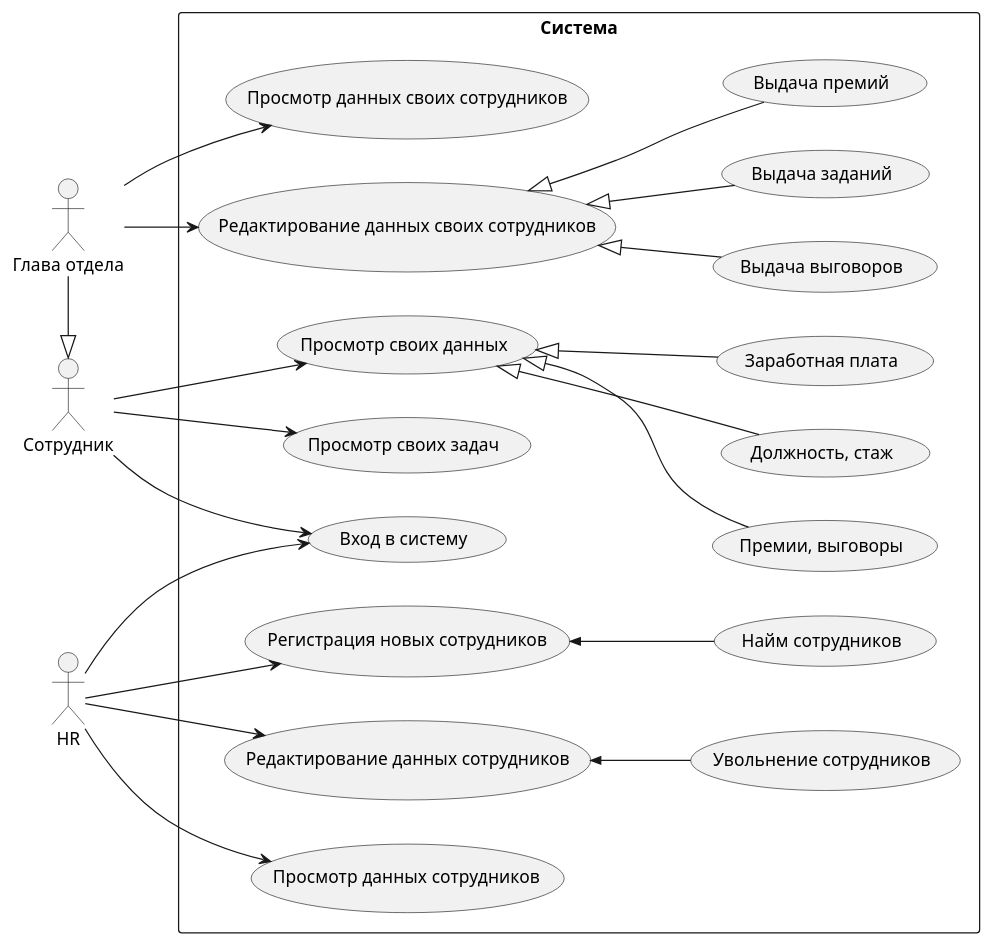
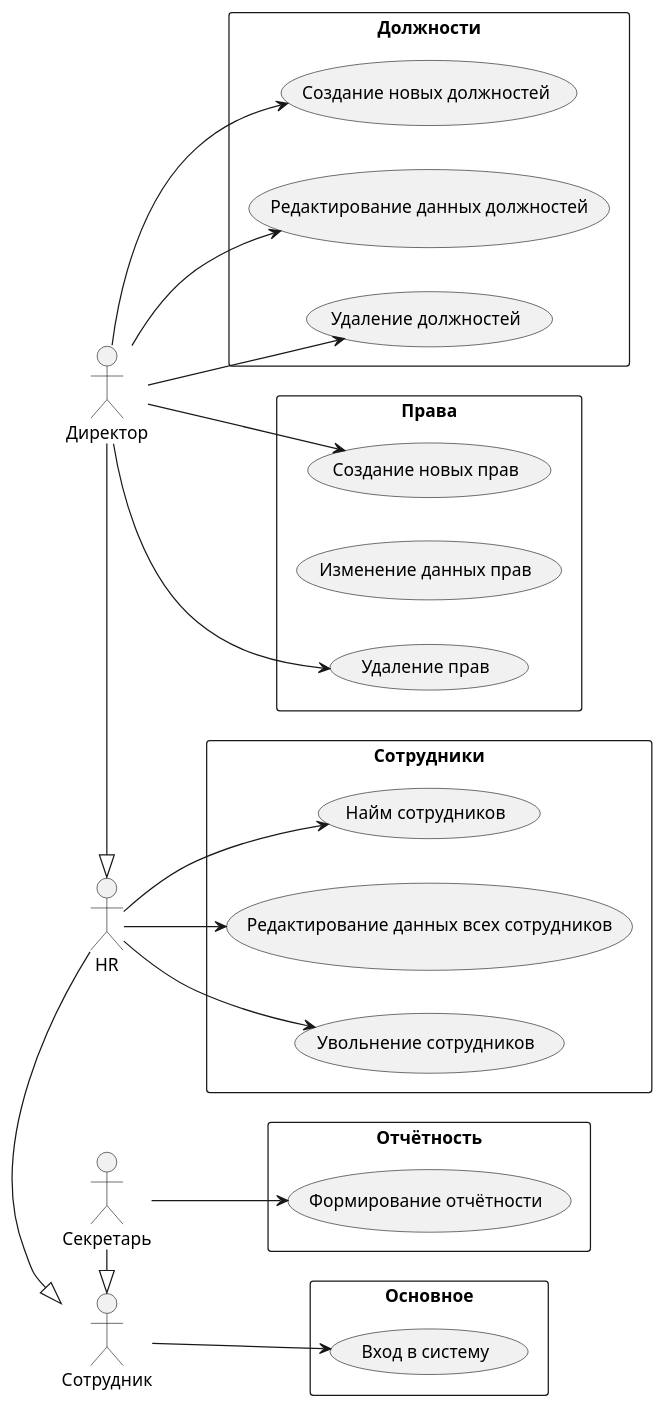
One commit to dmitraks/info_sem1 changed the diagram in docs/diagrams/UML/texts/usecase.puml. Above: the diagram before and after it, drawn with PlantUML. The commit also changed 9 other files, not shown here.

```diff
--- a/docs/diagrams/UML/texts/usecase.puml
+++ b/docs/diagrams/UML/texts/usecase.puml
@@ -1,47 +1,42 @@
 @startuml usecase
 left to right direction
 skinparam packageStyle rectangle
 actor "Сотрудник" as Aworker
-package "Система" {
+package "Основное" {
 usecase "Вход в систему" as Clogin
-usecase "Просмотр своих данных" as Cread_data
-usecase "Должность, стаж" as Cread_data_role
-usecase "Заработная плата" as Cread_data_zp
-usecase "Премии, выговоры" as Cread_data_premii
-usecase "Просмотр своих задач" as Cread_tasks
 }
 Aworker --> Clogin
-Aworker --> Cread_data
-Aworker --> Cread_tasks
-Cread_data ^-- Cread_data_role
-Cread_data ^-- Cread_data_zp
-Cread_data ^-- Cread_data_premii
-actor "Глава отдела" as Amanager
-package "Система" {
-usecase "Просмотр данных своих сотрудников" as Cread_workers
-usecase "Редактирование данных своих сотрудников" as Cedit_workers
-usecase "Выдача заданий" as Cedit_workers_tasks
-usecase "Выдача премий" as Cedit_workers_premii
-usecase "Выдача выговоров" as Cedit_workers_vigi
+actor "Директор" as Amanager
+package "Права" {
+    usecase "Создание новых прав" as Cright_cre
+    usecase "Изменение данных прав" as Cright_upd
+    usecase "Удаление прав" as Cright_del
 }
-Amanager -^ Aworker
-Amanager --> Cread_workers
-Amanager --> Cedit_workers
-Cedit_workers ^-- Cedit_workers_premii
-Cedit_workers ^-- Cedit_workers_tasks
-Cedit_workers ^-- Cedit_workers_vigi
+package "Должности" {
+    usecase "Создание новых должностей" as Cpos_cre
+    usecase "Редактирование данных должностей" as Cpos_upd
+    usecase "Удаление должностей" as Cpos_del
+}
+Amanager --> Cpos_cre
+Amanager --> Cpos_upd
+Amanager --> Cpos_del
+Amanager --> Cright_cre
+Amanager --> Cright_del
 actor "HR" as AHR
-package "Система" {
-usecase "Просмотр данных сотрудников" as Cread_allworkers
-usecase "Регистрация новых сотрудников" as Cregister
-usecase "Редактирование данных сотрудников" as Cedit_allworkers
-usecase "Найм сотрудников" as Cregister_naym
-usecase "Увольнение сотрудников" as Cedit_allworkers_uval
+Amanager -^ AHR
+package "Сотрудники" {
+    usecase "Найм сотрудников" as Cregister_naym
+    usecase "Редактирование данных всех сотрудников" as Cedit_allworkers
+    usecase "Увольнение сотрудников" as Cedit_allworkers_uval
 }
-AHR --> Clogin
-AHR --> Cread_allworkers
-AHR --> Cregister
+AHR -^ Aworker
 AHR --> Cedit_allworkers
-Cregister <<-- Cregister_naym
-Cedit_allworkers <<-- Cedit_allworkers_uval
+AHR --> Cregister_naym
+AHR --> Cedit_allworkers_uval
+actor "Секретарь" as Asec
+package "Отчётность" {
+    usecase "Формирование отчётности" as Cotchet
+}
+Asec -^ Aworker
+Asec --> Cotchet
 @enduml
```
